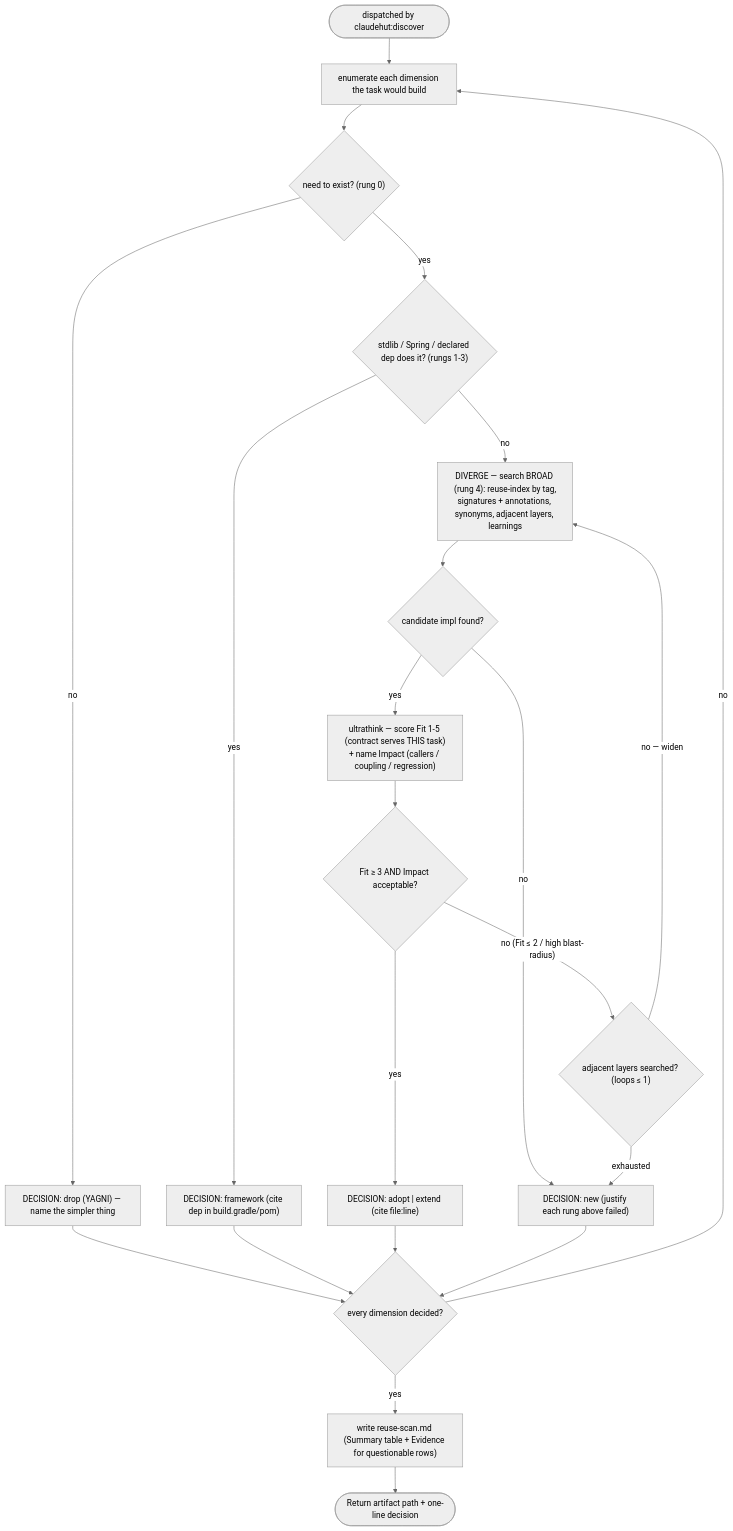
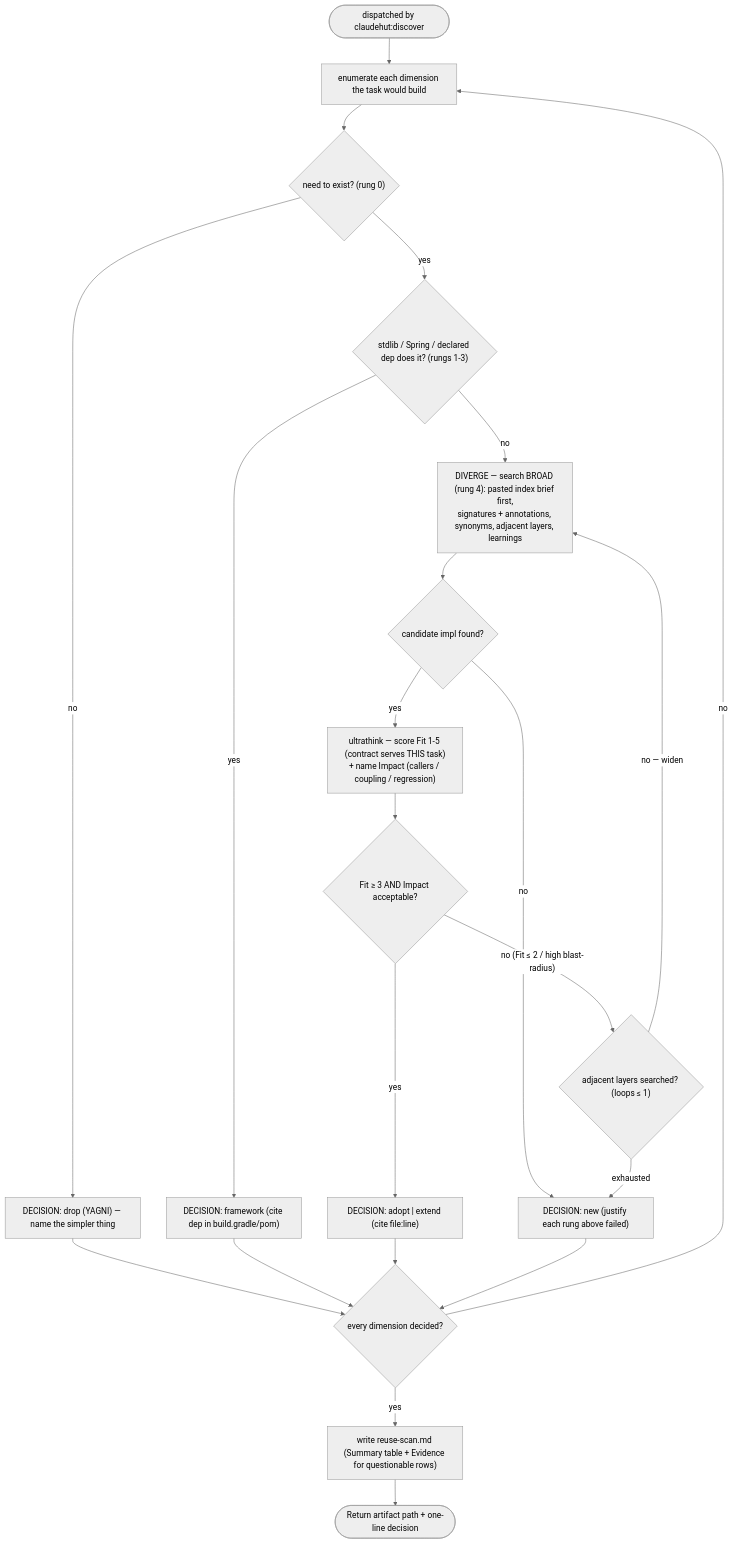
One commit to taipt1504/claudehut changed the diagram in agents/claudehut-reuse-scanner.md. Above: the diagram before and after it, drawn with Mermaid (neutral theme). The commit also changed other lines of this file and 57 other files, not shown here.

````diff
--- a/agents/claudehut-reuse-scanner.md
+++ b/agents/claudehut-reuse-scanner.md
@@ -40,21 +40,21 @@
 ```mermaid
 flowchart TB
     a([dispatched by claudehut:discover]) --> dims["enumerate each dimension the task would build"]
     dims --> need{"need to exist? (rung 0)"}
     need -- "no" --> dec0["DECISION: drop (YAGNI) — name the simpler thing"]
     need -- "yes" --> fw{"stdlib / Spring / declared dep does it? (rungs 1-3)"}
     fw -- "yes" --> decF["DECISION: framework (cite dep in build.gradle/pom)"]
-    fw -- "no" --> div["DIVERGE — search BROAD (rung 4): reuse-index by tag,<br/>signatures + annotations, synonyms, adjacent layers, learnings"]
+    fw -- "no" --> div["DIVERGE — search BROAD (rung 4): pasted index brief first,<br/>signatures + annotations, synonyms, adjacent layers, learnings"]
     div --> found{"candidate impl found?"}
     found -- "no" --> dec2["DECISION: new (justify each rung above failed)"]
     found -- "yes" --> score["ultrathink — score Fit 1-5 (contract serves THIS task)<br/>+ name Impact (callers / coupling / regression)"]
     score --> crit{"Fit ≥ 3 AND Impact acceptable?"}
     crit -- "no (Fit ≤ 2 / high blast-radius)" --> redo{"adjacent layers searched? (loops ≤ 1)"}
     redo -- "no — widen" --> div
     redo -- "exhausted" --> dec2
     crit -- "yes" --> dec1["DECISION: adopt | extend (cite file:line)"]
     dec0 & decF & dec1 & dec2 --> all{"every dimension decided?"}
     all -- "no" --> dims
     all -- "yes" --> write["write reuse-scan.md (Summary table + Evidence for questionable rows)"]
     write --> out([Return artifact path + one-line decision])
 ```
````
